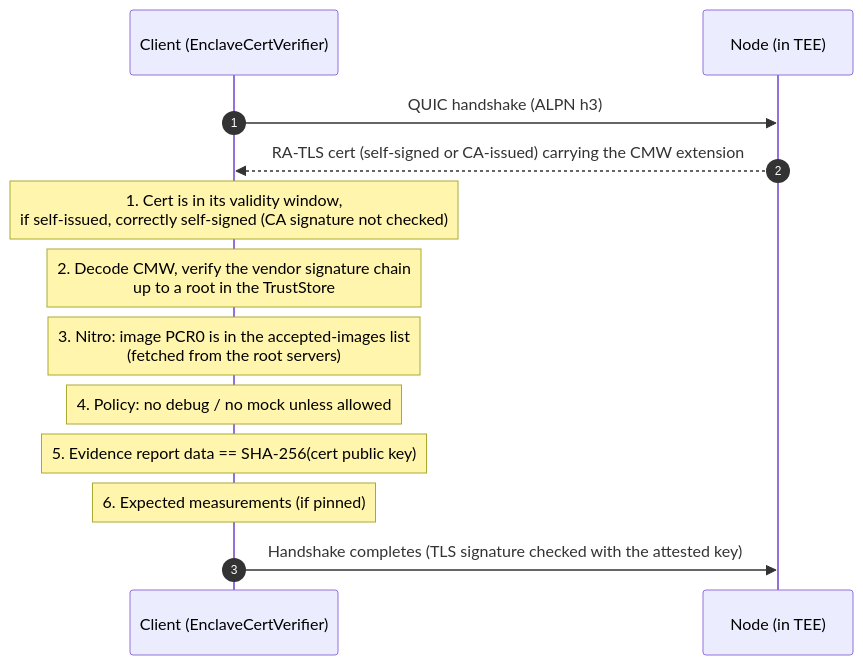
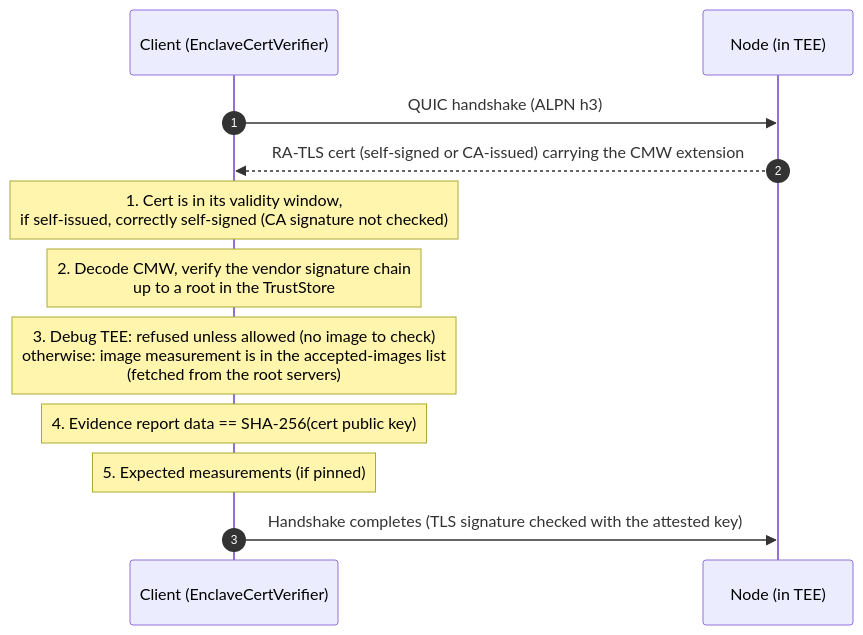
One commit to Lanetus/TTKServer changed the fourth of 11 diagrams in docs/src/ARCHITECTURE.md. Above: the diagram before and after it, drawn with Mermaid. The commit also changed other lines of this file and 6 other files, not shown here.

First line of the commit message:
fix: update the mdBook architecture docs to v6.5.0 (#103)

````diff
--- a/docs/src/ARCHITECTURE.md
+++ b/docs/src/ARCHITECTURE.md
@@ -222,16 +222,15 @@
 ```mermaid
 sequenceDiagram
     autonumber
     participant C as Client (EnclaveCertVerifier)
     participant N as Node (in TEE)
 
     C->>N: QUIC handshake (ALPN h3)
     N-->>C: RA-TLS cert (self-signed or CA-issued) carrying the CMW extension
     Note over C: 1. Cert is in its validity window,<br/>if self-issued, correctly self-signed (CA signature not checked)
     Note over C: 2. Decode CMW, verify the vendor signature chain<br/>up to a root in the TrustStore
-    Note over C: 3. Nitro: image PCR0 is in the accepted-images list<br/>(fetched from the root servers)
-    Note over C: 4. Policy: no debug / no mock unless allowed
-    Note over C: 5. Evidence report data == SHA-256(cert public key)
-    Note over C: 6. Expected measurements (if pinned)
+    Note over C: 3. Debug TEE: refused unless allowed (no image to check)<br/>otherwise: image measurement is in the accepted-images list<br/>(fetched from the root servers)
+    Note over C: 4. Evidence report data == SHA-256(cert public key)
+    Note over C: 5. Expected measurements (if pinned)
     C->>N: Handshake completes (TLS signature checked with the attested key)
 ```
````
